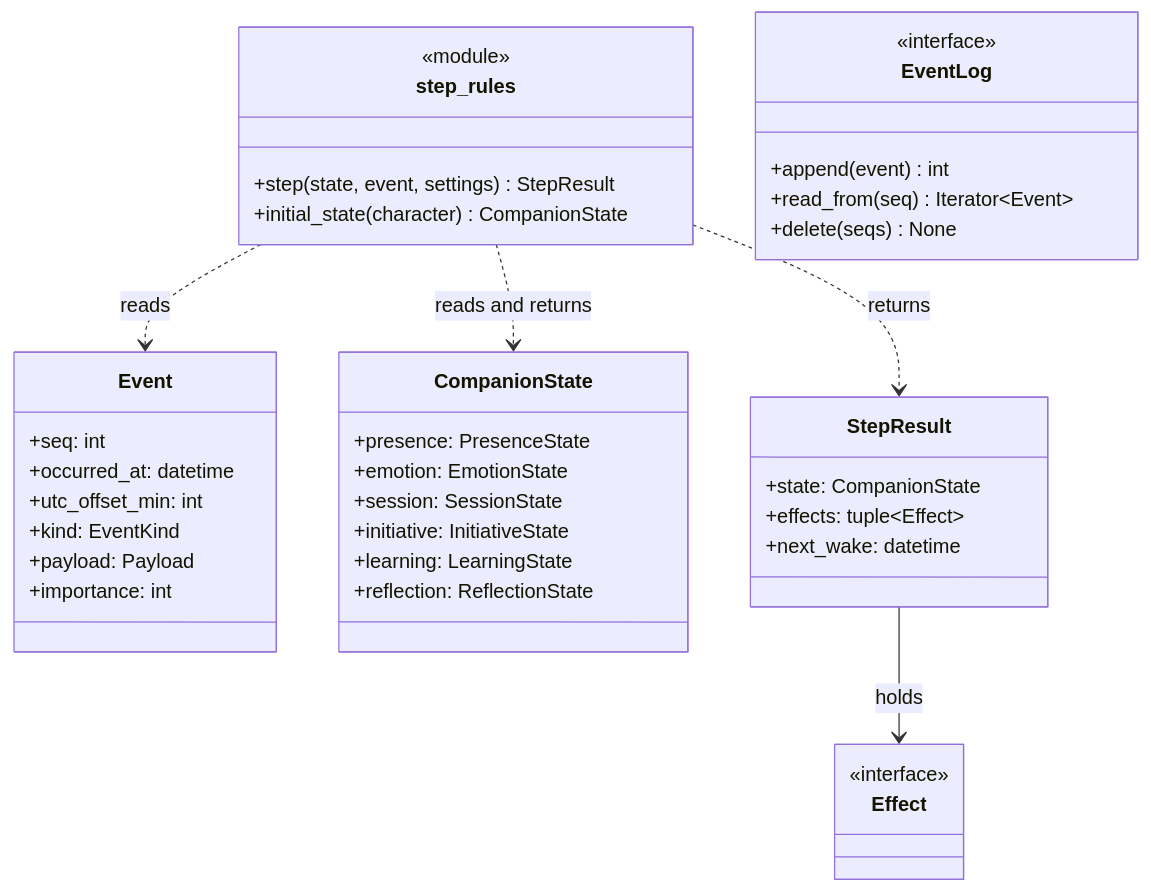
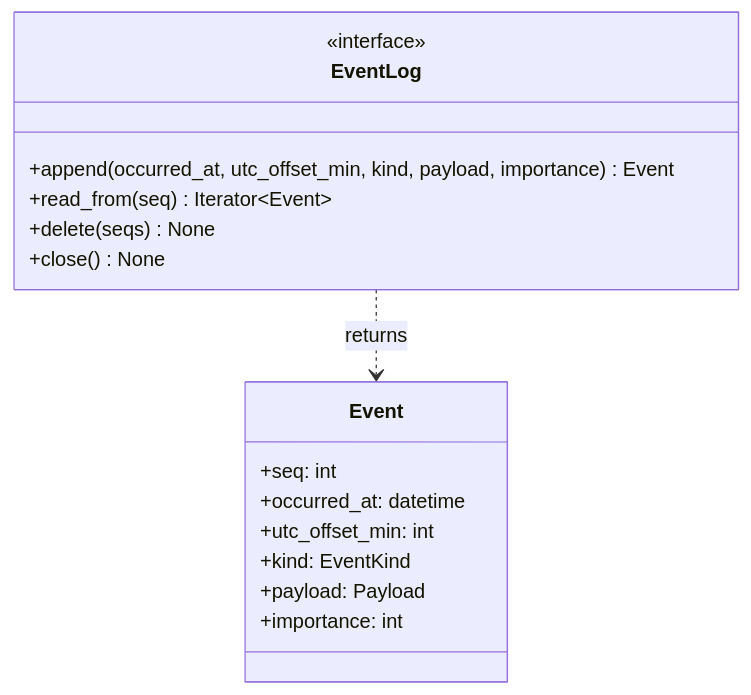
Before and after one commit to NguyenVu04/cognia: the third of 46 diagrams in docs/architecture/ARCHITECTURE.md, drawn with Mermaid. The commit also changed other lines of this file and 27 other files, not shown here.

````diff
--- a/docs/architecture/ARCHITECTURE.md
+++ b/docs/architecture/ARCHITECTURE.md
@@ -464,48 +469,21 @@
 ```mermaid
 classDiagram
     class Event {
         +seq: int
         +occurred_at: datetime
         +utc_offset_min: int
         +kind: EventKind
         +payload: Payload
         +importance: int
     }
 
-    class CompanionState {
-        +presence: PresenceState
-        +emotion: EmotionState
-        +session: SessionState
-        +initiative: InitiativeState
-        +learning: LearningState
-        +reflection: ReflectionState
+    class EventLog {
+        <<interface>>
+        +append(occurred_at, utc_offset_min, kind, payload, importance) Event
+        +read_from(seq) Iterator~Event~
+        +delete(seqs) None
+        +close() None
     }
 
-    class StepResult {
-        +state: CompanionState
-        +effects: tuple~Effect~
-        +next_wake: datetime
-    }
-
-    class Effect {
-        <<interface>>
-    }
-
-    class step_rules {
-        <<module>>
-        +step(state, event, settings) StepResult
-        +initial_state(character) CompanionState
-    }
-
-    class EventLog {
-        <<interface>>
-        +append(event) int
-        +read_from(seq) Iterator~Event~
-        +delete(seqs) None
-    }
-
-    step_rules ..> Event : reads
-    step_rules ..> CompanionState : reads and returns
-    step_rules ..> StepResult : returns
-    StepResult --> Effect : holds
+    EventLog ..> Event : returns
 ```
````
